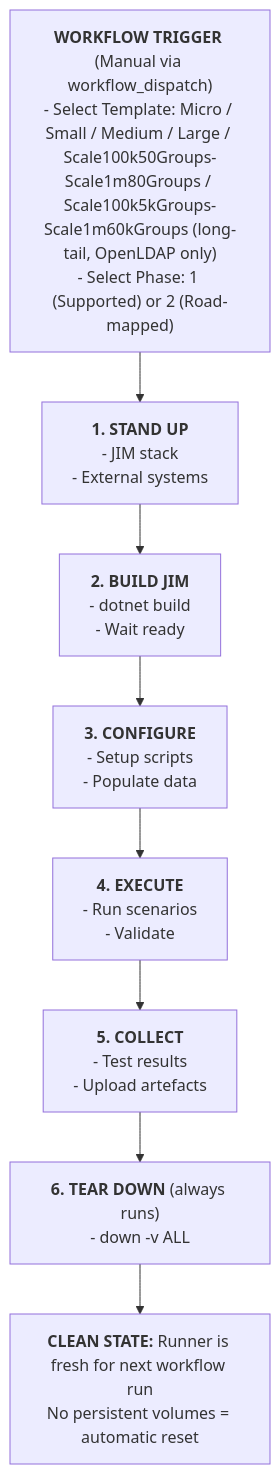
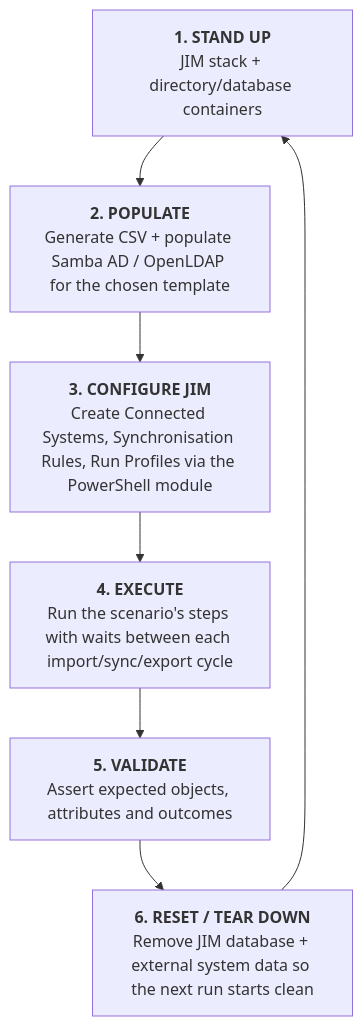
The first of 2 diagrams in engineering/INTEGRATION_TESTING.md (TetronIO/JIM), drawn with Mermaid before and after one commit. The commit also changed other lines of this file, not shown here.

````diff
--- a/engineering/INTEGRATION_TESTING.md
+++ b/engineering/INTEGRATION_TESTING.md
@@ -251,12 +210,10 @@
 ```mermaid
 flowchart TD
-    T["<b>WORKFLOW TRIGGER</b> (Manual via workflow_dispatch)<br/>- Select Template: Micro / Small / Medium / Large / Scale100k50Groups-Scale1m80Groups / Scale100k5kGroups-Scale1m60kGroups (long-tail, OpenLDAP only)<br/>- Select Phase: 1 (Supported) or 2 (Road-mapped)"]
-    S1["<b>1. STAND UP</b><br/>- JIM stack<br/>- External systems"]
-    S2["<b>2. BUILD JIM</b><br/>- dotnet build<br/>- Wait ready"]
-    S3["<b>3. CONFIGURE</b><br/>- Setup scripts<br/>- Populate data"]
-    S4["<b>4. EXECUTE</b><br/>- Run scenarios<br/>- Validate"]
-    S5["<b>5. COLLECT</b><br/>- Test results<br/>- Upload artefacts"]
-    S6["<b>6. TEAR DOWN</b> (always runs)<br/>- down -v ALL"]
-    C["<b>CLEAN STATE:</b> Runner is fresh for next workflow run<br/>No persistent volumes = automatic reset"]
-    T --> S1 --> S2 --> S3 --> S4 --> S5 --> S6 --> C
+    A["<b>1. STAND UP</b><br/>JIM stack + directory/database containers"]
+    B["<b>2. POPULATE</b><br/>Generate CSV + populate Samba AD / OpenLDAP for the chosen template"]
+    C["<b>3. CONFIGURE JIM</b><br/>Create Connected Systems, Synchronisation Rules, Run Profiles via the PowerShell module"]
+    D["<b>4. EXECUTE</b><br/>Run the scenario's steps with waits between each import/sync/export cycle"]
+    E["<b>5. VALIDATE</b><br/>Assert expected objects, attributes and outcomes"]
+    F["<b>6. RESET / TEAR DOWN</b><br/>Remove JIM database + external system data so the next run starts clean"]
+    A --> B --> C --> D --> E --> F --> A
 ```
````
